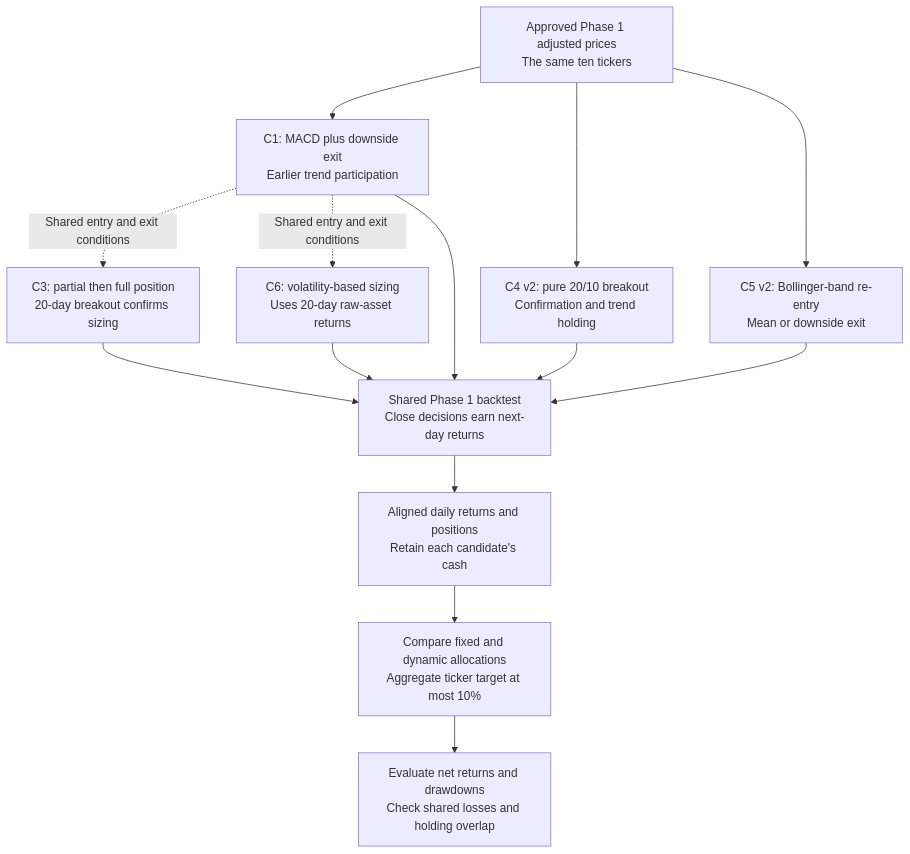
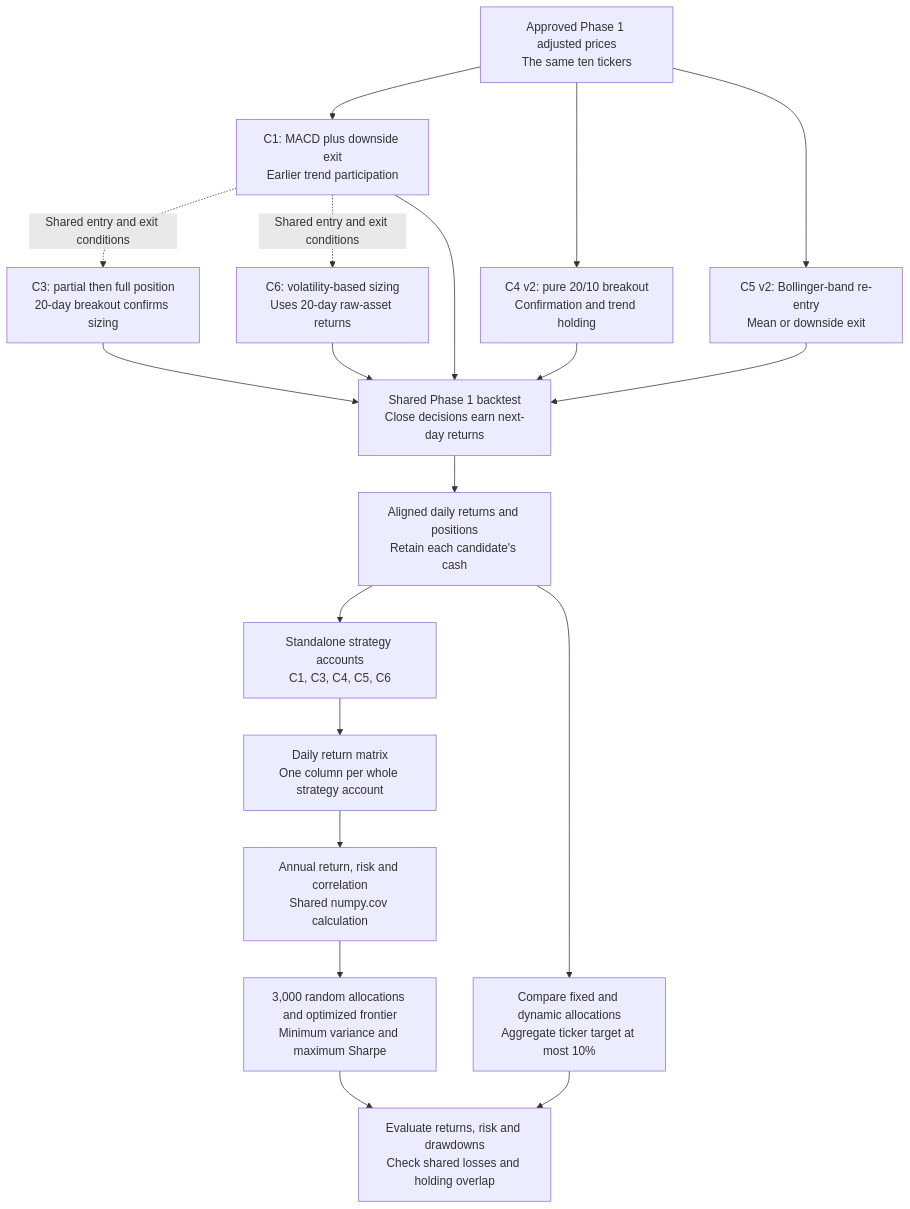
The diagram in README.md (amuno89/backtesting_2_fa26_uiuc), drawn with Mermaid before and after one commit. The commit also changed other lines of this file and 3 other files, not shown here.

Commit message:
feat: analyze efficient frontier across five strategy accounts

````diff
--- a/README.md
+++ b/README.md
@@ -745,17 +749,22 @@
 ```mermaid
 flowchart TD
     DATA["Approved Phase 1 adjusted prices<br/>The same ten tickers"]
     DATA --> C1["C1: MACD plus downside exit<br/>Earlier trend participation"]
     DATA --> C4["C4 v2: pure 20/10 breakout<br/>Confirmation and trend holding"]
     DATA --> C5["C5 v2: Bollinger-band re-entry<br/>Mean or downside exit"]
     C1 -. "Shared entry and exit conditions" .-> C3["C3: partial then full position<br/>20-day breakout confirms sizing"]
     C1 -. "Shared entry and exit conditions" .-> C6["C6: volatility-based sizing<br/>Uses 20-day raw-asset returns"]
     C1 --> TEST["Shared Phase 1 backtest<br/>Close decisions earn next-day returns"]
     C3 --> TEST
     C4 --> TEST
     C5 --> TEST
     C6 --> TEST
     TEST --> RETURNS["Aligned daily returns and positions<br/>Retain each candidate's cash"]
+    RETURNS --> ACCOUNTS["Standalone strategy accounts<br/>C1, C3, C4, C5, C6"]
+    ACCOUNTS --> MATRIX["Daily return matrix<br/>One column per whole strategy account"]
+    MATRIX --> STATS["Annual return, risk and correlation<br/>Shared numpy.cov calculation"]
+    STATS --> FRONTIER["3,000 random allocations and optimized frontier<br/>Minimum variance and maximum Sharpe"]
     RETURNS --> MIX["Compare fixed and dynamic allocations<br/>Aggregate ticker target at most 10%"]
-    MIX --> CHECK["Evaluate net returns and drawdowns<br/>Check shared losses and holding overlap"]
+    FRONTIER --> CHECK
+    MIX --> CHECK["Evaluate returns, risk and drawdowns<br/>Check shared losses and holding overlap"]
 ```
````
